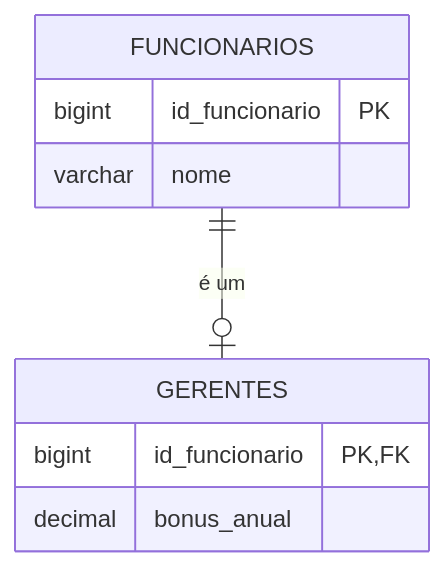
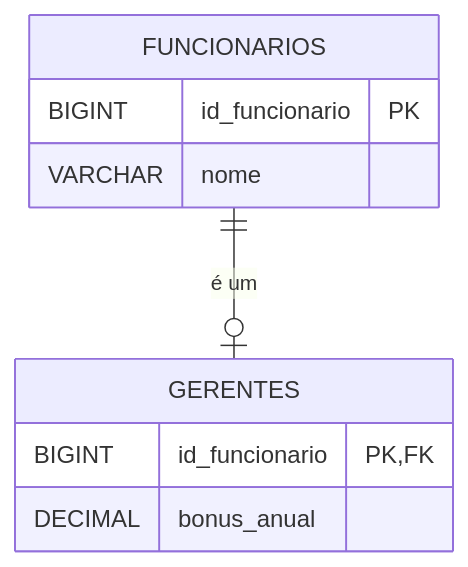
Diagram 17 of 20 in docs/aulas/Aula_01_Revisao_Modelagem_Conceitual.md (DSM-Fatec-Jahu/BDR-DSM-2026-2), drawn with Mermaid before and after one commit. The commit also changed other lines of this file and 2 other files, not shown here.

First line of the commit message:
Padroniza tipos SQL em MAIÚSCULAS nos diagramas (Regra 3)

````diff
--- a/docs/aulas/Aula_01_Revisao_Modelagem_Conceitual.md
+++ b/docs/aulas/Aula_01_Revisao_Modelagem_Conceitual.md
@@ -762,12 +762,12 @@
 ```mermaid
 erDiagram
     FUNCIONARIOS {
-        bigint id_funcionario PK
-        varchar nome
+        BIGINT id_funcionario PK
+        VARCHAR nome
     }
     GERENTES {
-        bigint id_funcionario PK, FK
-        decimal bonus_anual
+        BIGINT id_funcionario PK, FK
+        DECIMAL bonus_anual
     }
     FUNCIONARIOS ||--o| GERENTES : "é um"
 ```
````
